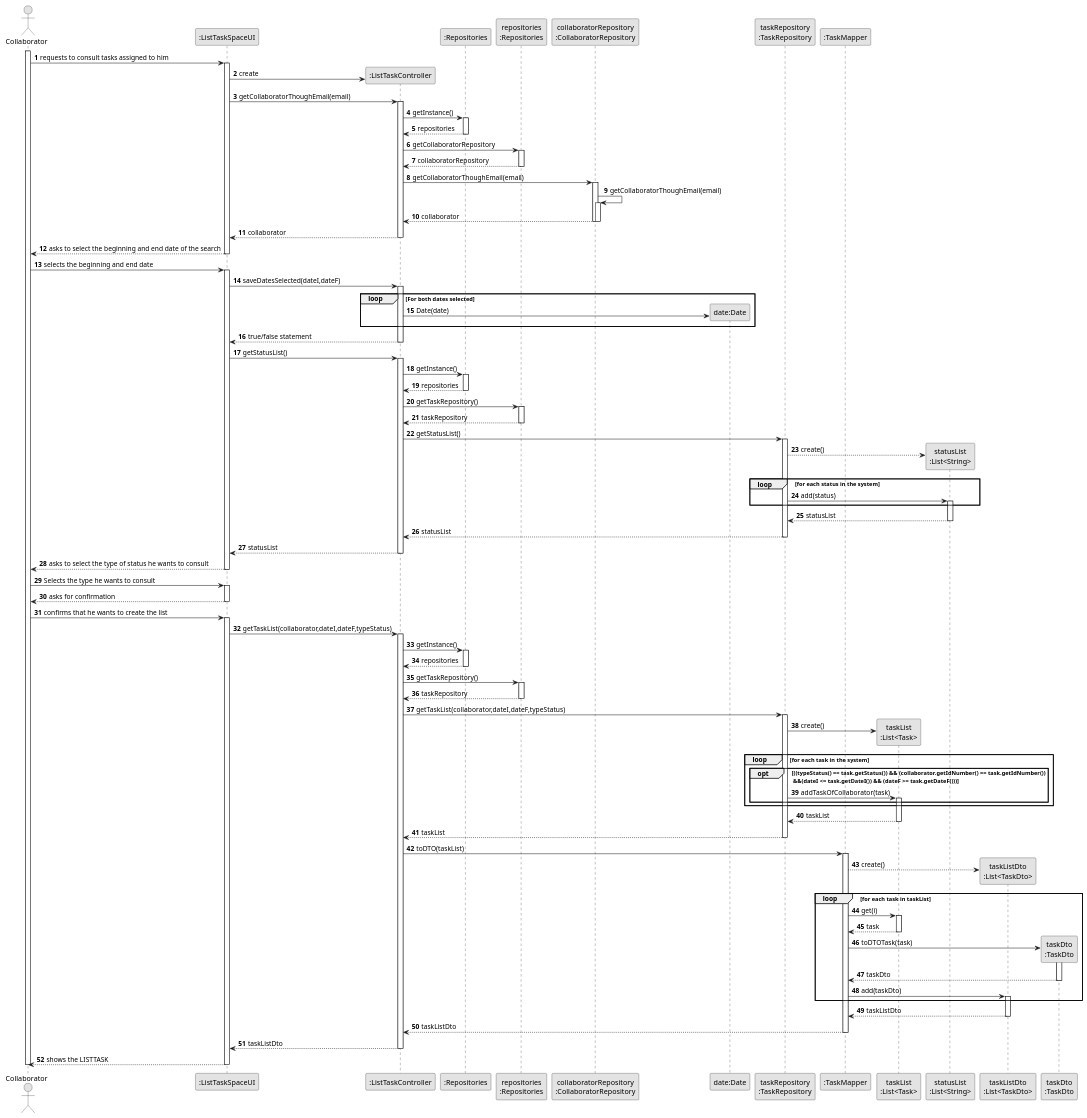
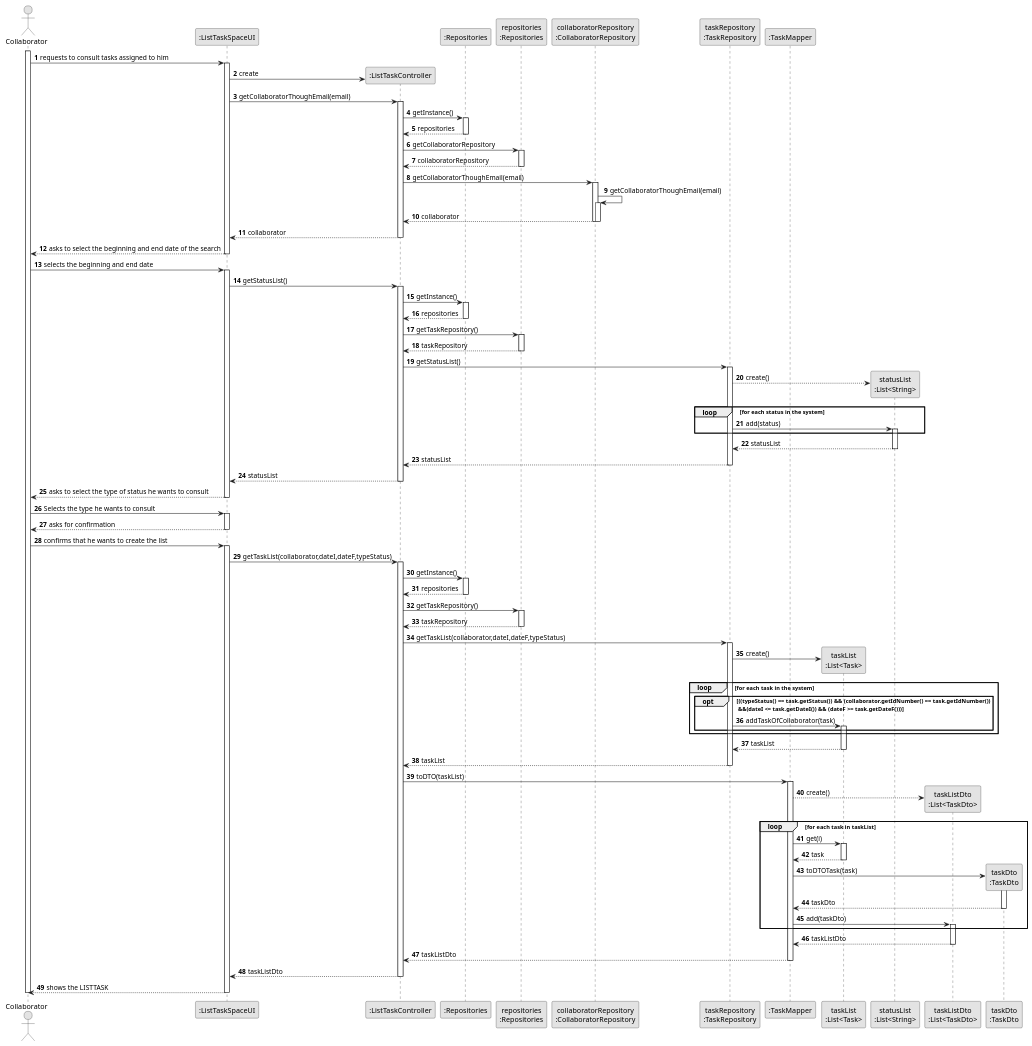
Before and after one commit to diogoveirospro/lei-24-s2-1dg-g072: the diagram in docs/sprintC/us028/03.design/puml/us028-sequence-diagram-full.puml, drawn with PlantUML. The commit also changed 16 other files, not shown here.

```diff
--- a/docs/sprintC/us028/03.design/puml/us028-sequence-diagram-full.puml
+++ b/docs/sprintC/us028/03.design/puml/us028-sequence-diagram-full.puml
@@ -12,7 +12,6 @@
 participant ":Repositories" as RepositorySingleton
 participant "repositories\n:Repositories" as REP
 participant "collaboratorRepository\n:CollaboratorRepository" as collaboratorRepository
-participant "date:Date" as Date
 participant "taskRepository\n:TaskRepository" as taskRepository
 participant ":TaskMapper" as Mapper
 participant "taskList\n:List<Task>" as LISTTASK
@@ -60,13 +59,7 @@
            Col -> UI : selects the beginning and end date
            activate UI
 
-                    UI -> CTRL: saveDatesSelected(dateI,dateF)
-                    activate CTRL
-                            loop For both dates selected
-                            CTRL -> Date**: Date(date)
-                            end
-                            CTRL --> UI: true/false statement
-                    deactivate CTRL
+
 
                     UI -> CTRL: getStatusList()
                     activate CTRL
```
